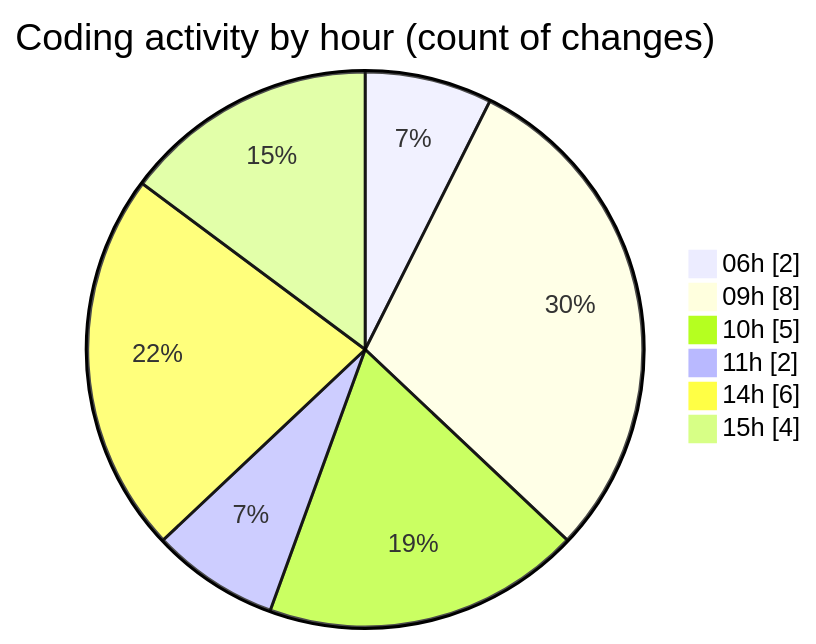
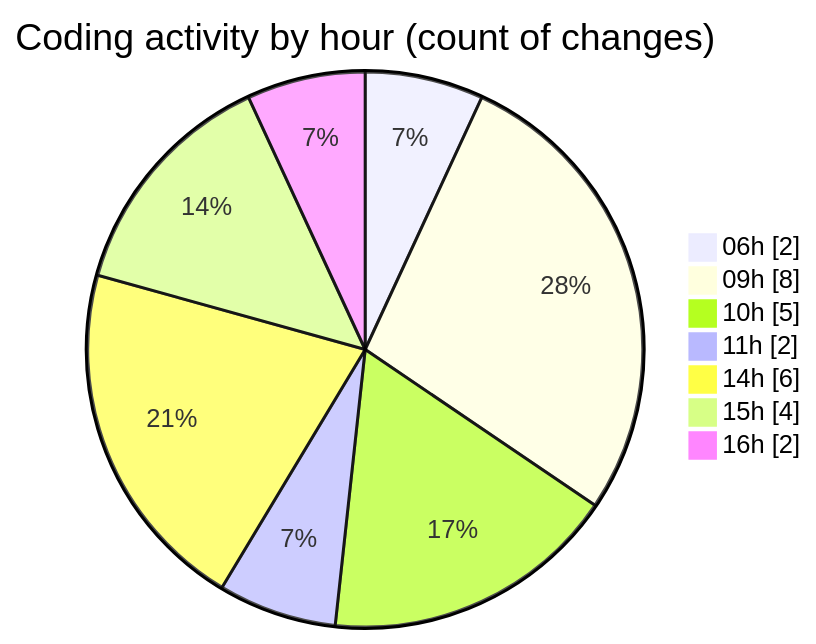
The second of 2 diagrams in 2026-02-24/workbench__workspace_/README.md (jadenblack/code-tracking), drawn with Mermaid before and after one commit. The commit also changed other lines of this file and 1 other file, not shown here.

````diff
--- a/2026-02-24/workbench__workspace_/README.md
+++ b/2026-02-24/workbench__workspace_/README.md
@@ -34,10 +34,11 @@
 ```mermaid
 pie showData
 title Coding activity by hour (count of changes)
 "06h" : 2
 "09h" : 8
 "10h" : 5
 "11h" : 2
 "14h" : 6
 "15h" : 4
+"16h" : 2
 ```
````
